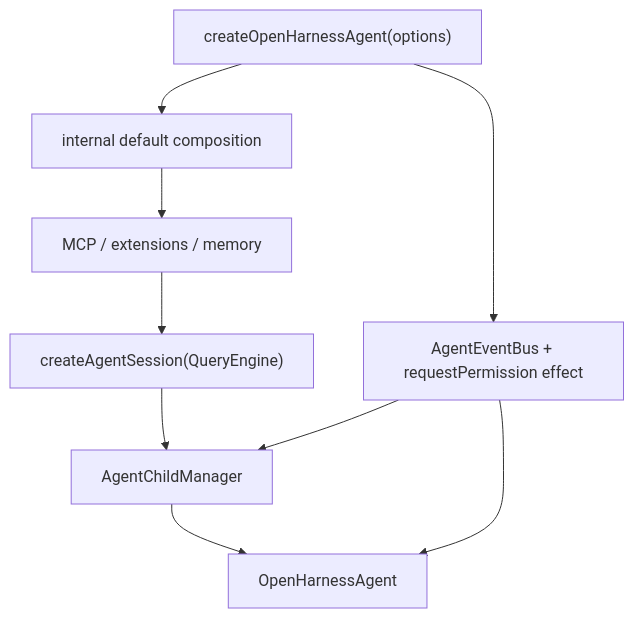
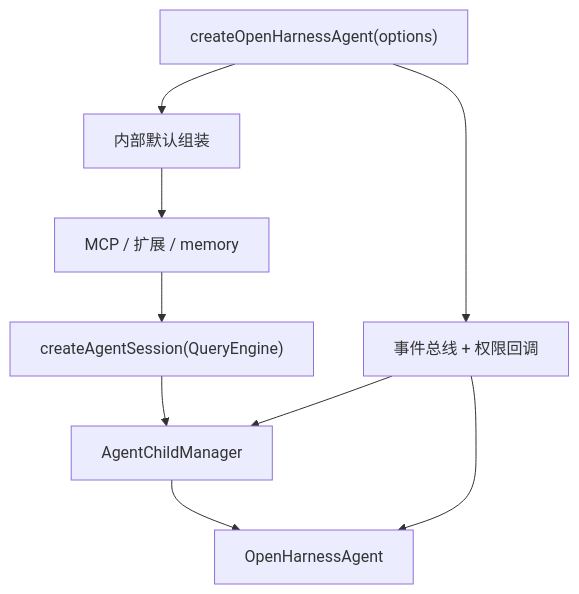
One commit to rzx007/openharness-ts changed the first of 2 diagrams in docs/agent-runtime-framework-architecture.md. Above: the diagram before and after it, drawn with Mermaid. The commit also changed other lines of this file and 16 other files, not shown here.

Commit message:
docs: close runtime hosting architecture work

````diff
--- a/docs/agent-runtime-framework-architecture.md
+++ b/docs/agent-runtime-framework-architecture.md
@@ -43,16 +52,16 @@
 ```mermaid
 flowchart TD
   Create["createOpenHarnessAgent(options)"]
-  Runtime["internal default composition"]
-  MCP["MCP / extensions / memory"]
+  Runtime["内部默认组装"]
+  MCP["MCP / 扩展 / memory"]
   Session["createAgentSession(QueryEngine)"]
-  Bus["AgentEventBus + requestPermission effect"]
+  Bus["事件总线 + 权限回调"]
   Children["AgentChildManager"]
   Agent["OpenHarnessAgent"]
 
   Create --> Runtime --> MCP --> Session
   Create --> Bus
   Session --> Children --> Agent
   Bus --> Children
   Bus --> Agent
 ```
````
